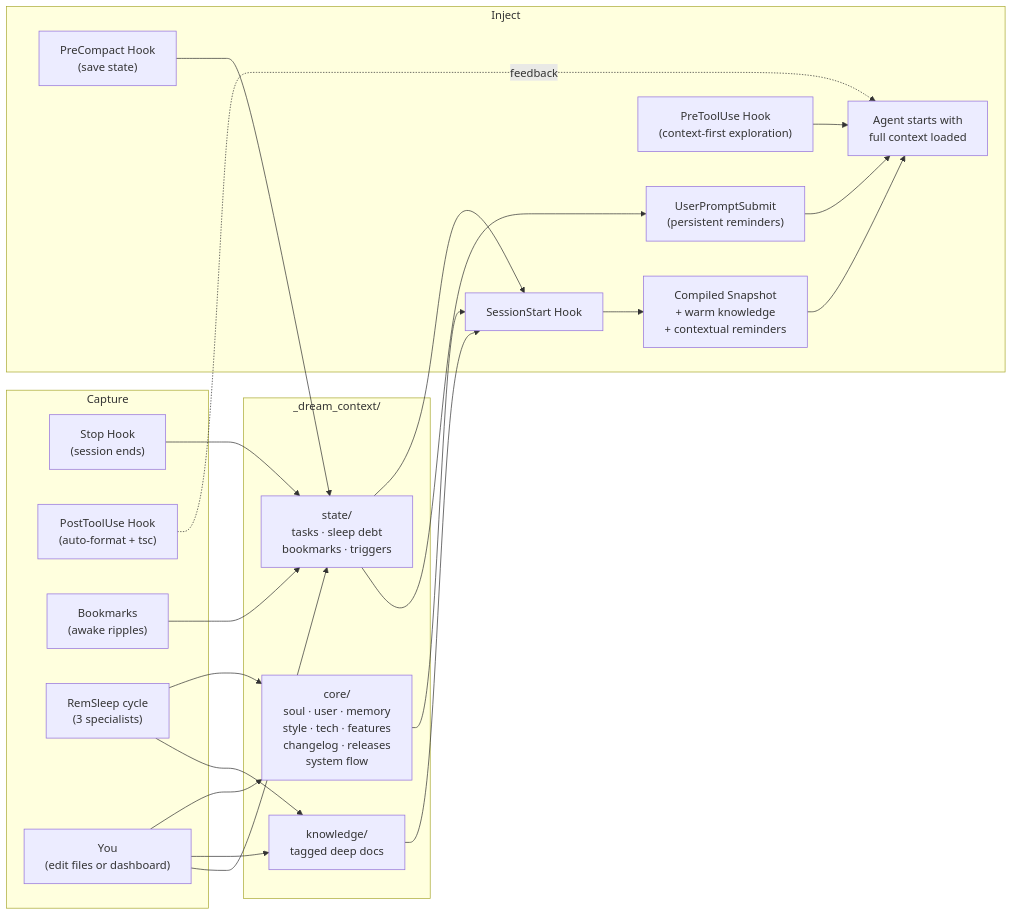
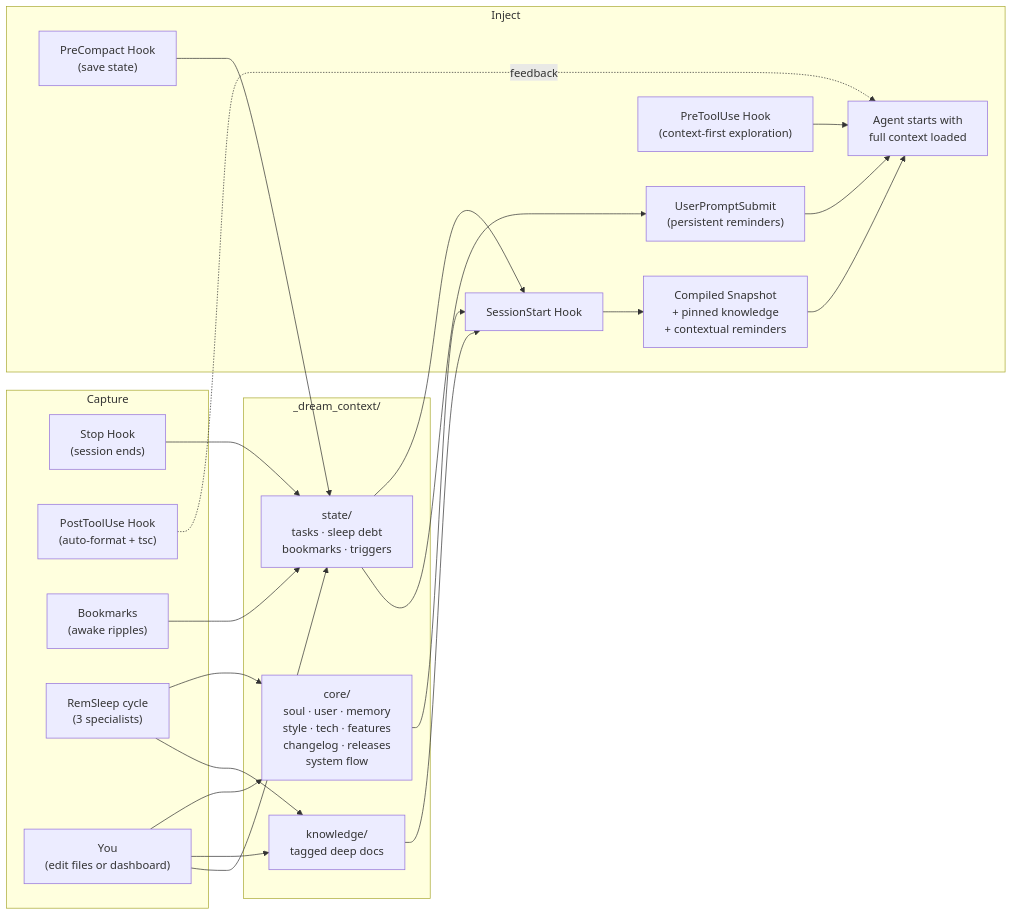
One commit to Sepi0l-brd/dreamcontext changed the diagram in README.md. Above: the diagram before and after it, drawn with Mermaid. The commit also changed other lines of this file and 43 other files, not shown here.

````diff
--- a/README.md
+++ b/README.md
@@ -99,44 +99,44 @@
 ```mermaid
 flowchart LR
     subgraph capture ["Capture"]
         STOP["Stop Hook\n(session ends)"]
         POSTTOOL["PostToolUse Hook\n(auto-format + tsc)"]
         BOOKMARK["Bookmarks\n(awake ripples)"]
         SLEEP["RemSleep cycle\n(3 specialists)"]
         HUMAN["You\n(edit files or dashboard)"]
     end
 
     subgraph store ["_dream_context/"]
         CORE["core/\nsoul · user · memory\nstyle · tech · features\nchangelog · releases\nsystem flow"]
         KNOWLEDGE["knowledge/\ntagged deep docs"]
         STATE["state/\ntasks · sleep debt\nbookmarks · triggers"]
     end
 
     subgraph inject ["Inject"]
         SESSION["SessionStart Hook"]
         PROMPT["UserPromptSubmit\n(persistent reminders)"]
         PRETOOL["PreToolUse Hook\n(context-first exploration)"]
         PRECOMPACT["PreCompact Hook\n(save state)"]
-        SNAPSHOT["Compiled Snapshot\n+ warm knowledge\n+ contextual reminders"]
+        SNAPSHOT["Compiled Snapshot\n+ pinned knowledge\n+ contextual reminders"]
         AGENT["Agent starts with\nfull context loaded"]
     end
 
     BOOKMARK --> STATE
     STOP --> STATE
     POSTTOOL -.->|"feedback"| AGENT
     SLEEP --> CORE
     SLEEP --> KNOWLEDGE
     HUMAN --> CORE
     HUMAN --> KNOWLEDGE
     HUMAN --> STATE
 
     CORE --> SESSION
     KNOWLEDGE --> SESSION
     STATE --> SESSION
     STATE --> PROMPT
     SESSION --> SNAPSHOT
     PROMPT --> AGENT
     PRETOOL --> AGENT
     PRECOMPACT --> STATE
     SNAPSHOT --> AGENT
 ```
````
